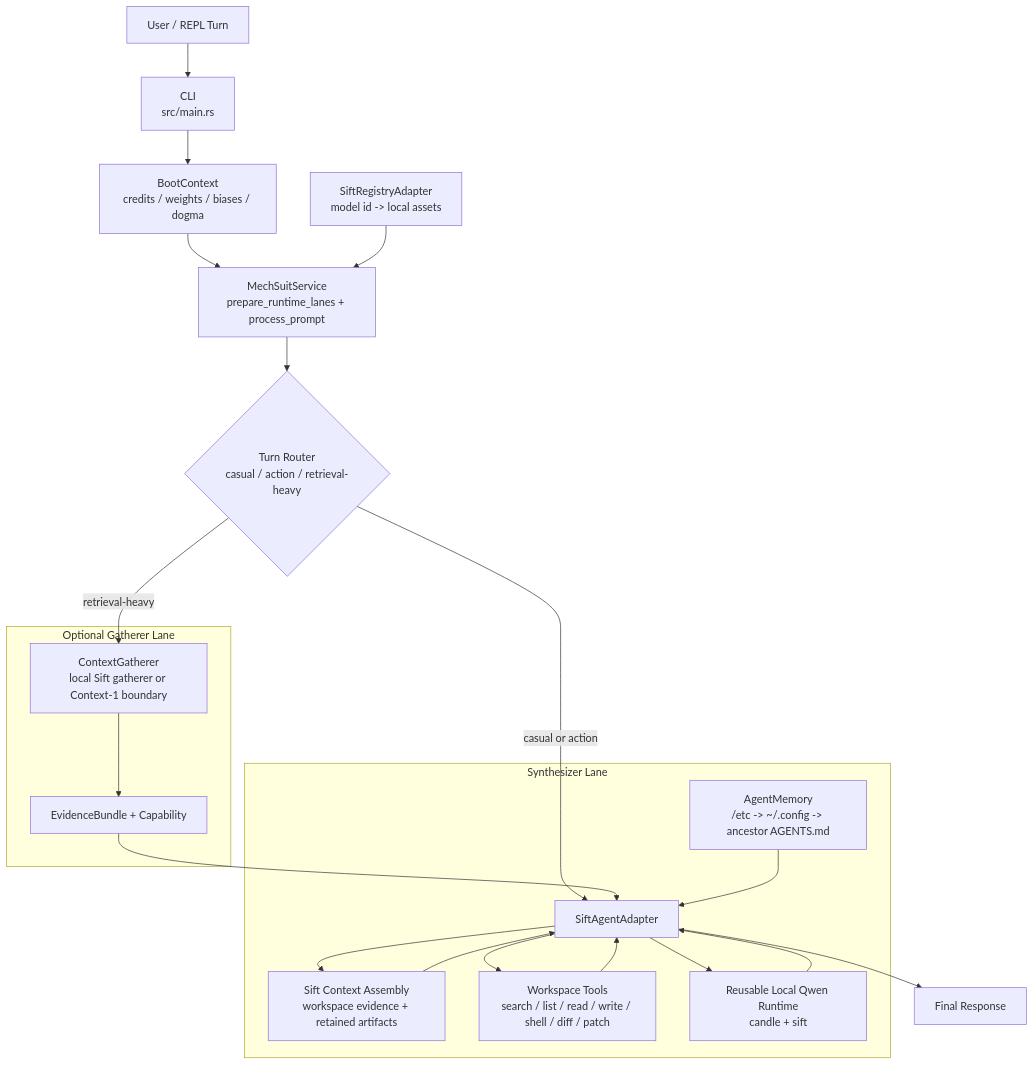
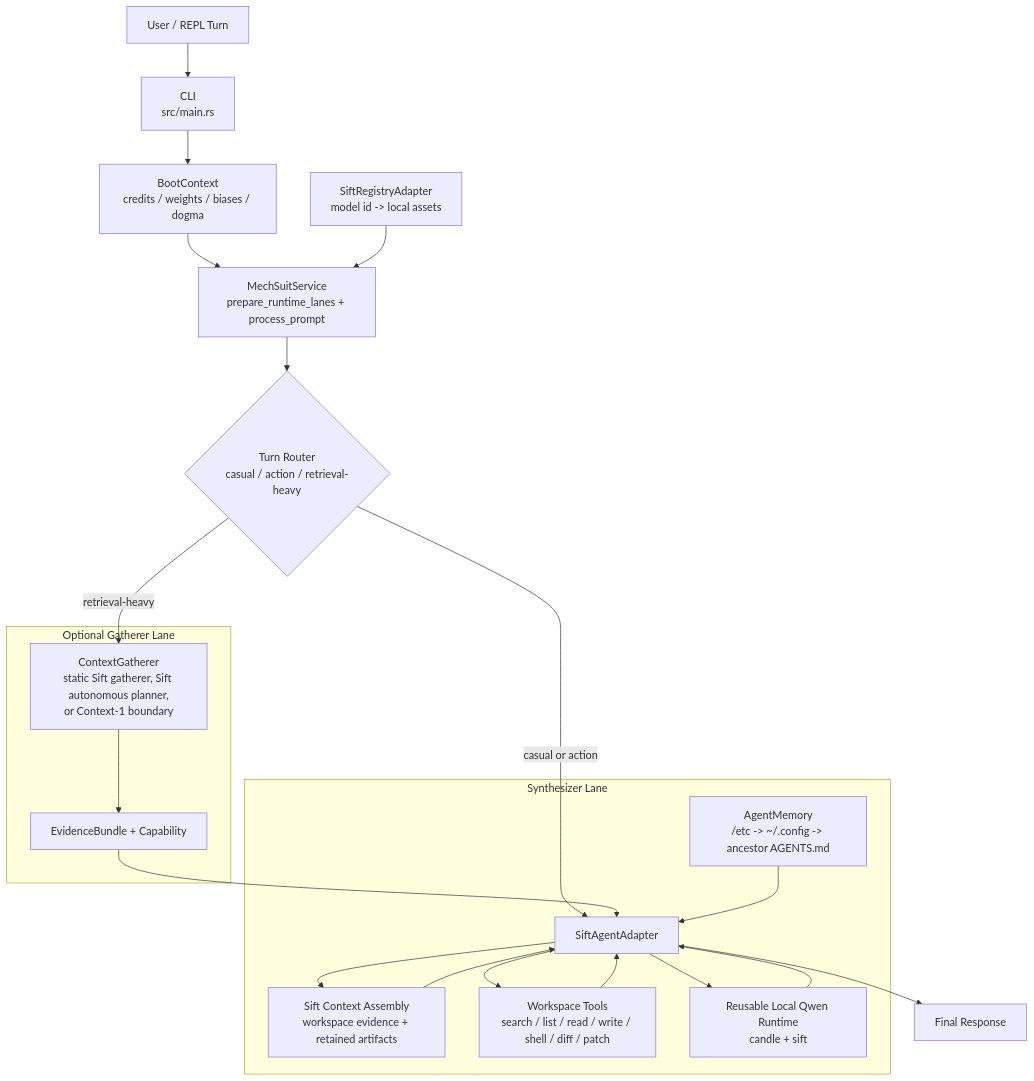
The diagram in README.md (spoke-sh/paddles), drawn with Mermaid before and after one commit. The commit also changed other lines of this file and 37 other files, not shown here.

First line of the commit message:
feat: add sift autonomous retrieval planning

````diff
--- a/README.md
+++ b/README.md
@@ -24,37 +24,37 @@
 ```mermaid
 flowchart TD
     U["User / REPL Turn"]
     CLI["CLI<br/>src/main.rs"]
     Boot["BootContext<br/>credits / weights / biases / dogma"]
     Service["MechSuitService<br/>prepare_runtime_lanes + process_prompt"]
     Registry["SiftRegistryAdapter<br/>model id -> local assets"]
     Router{"Turn Router<br/>casual / action / retrieval-heavy"}
 
     subgraph SynthLane["Synthesizer Lane"]
         Memory["AgentMemory<br/>/etc -> ~/.config -> ancestor AGENTS.md"]
         Agent["SiftAgentAdapter"]
         Context["Sift Context Assembly<br/>workspace evidence + retained artifacts"]
         Tools["Workspace Tools<br/>search / list / read / write / shell / diff / patch"]
         Runtime["Reusable Local Qwen Runtime<br/>candle + sift"]
     end
 
     subgraph GatherLane["Optional Gatherer Lane"]
-        Gather["ContextGatherer<br/>local Sift gatherer or Context-1 boundary"]
+        Gather["ContextGatherer<br/>static Sift gatherer, Sift autonomous planner,<br/>or Context-1 boundary"]
         Evidence["EvidenceBundle + Capability"]
     end
 
     U --> CLI --> Boot --> Service
     Registry --> Service
     Service --> Router
     Router -->|casual or action| Agent
     Router -->|retrieval-heavy| Gather
     Gather --> Evidence --> Agent
     Memory --> Agent
     Agent --> Context
     Agent --> Tools
     Agent --> Runtime
     Context --> Agent
     Tools --> Agent
     Runtime --> Agent
     Agent --> Response["Final Response"]
 ```
````
